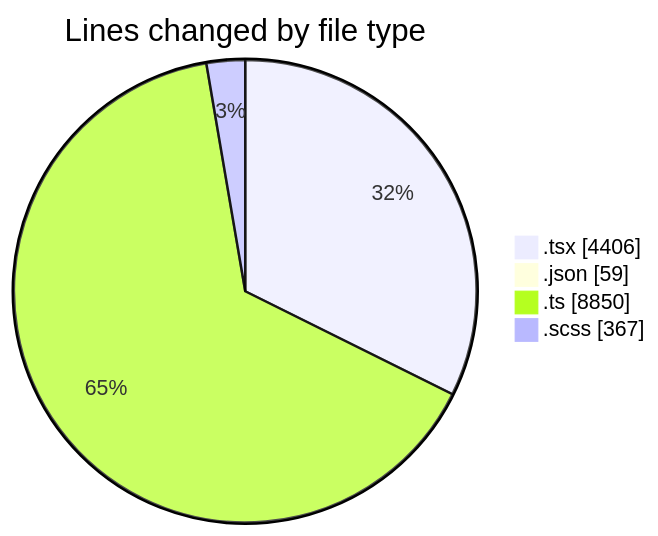
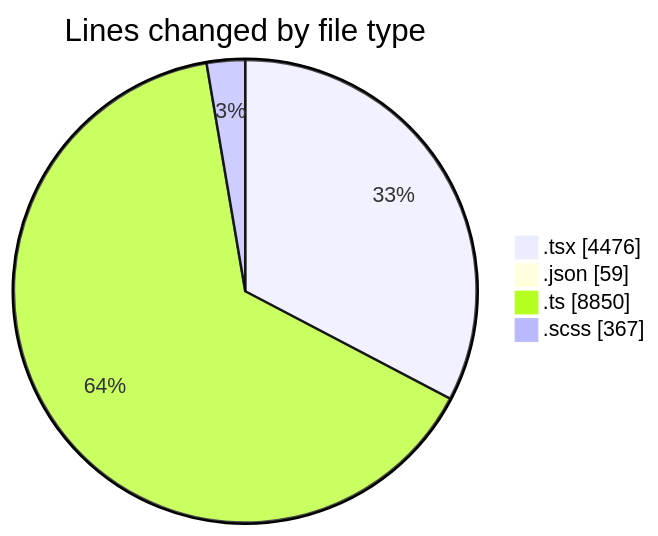
One commit to momahboobian/code-tracking changed the first of 2 diagrams in 2025-11-24/cda/README.md. Above: the diagram before and after it, drawn with Mermaid. The commit also changed other lines of this file and 1 other file, not shown here.

````diff
--- a/2025-11-24/cda/README.md
+++ b/2025-11-24/cda/README.md
@@ -36,8 +36,8 @@
 ```mermaid
 pie showData
 title Lines changed by file type
-".tsx" : 4406
+".tsx" : 4476
 ".json" : 59
 ".ts" : 8850
 ".scss" : 367
 ```
````
